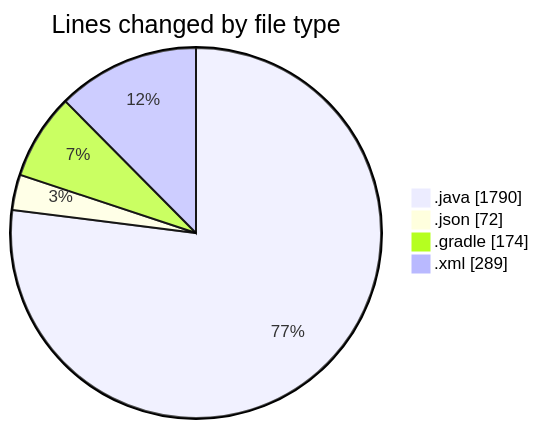
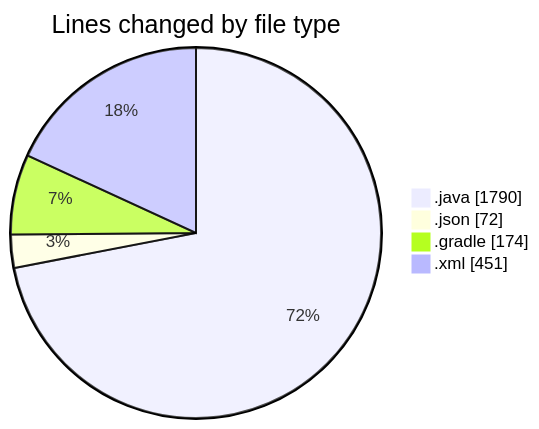
Before and after one commit to charlie-sans/code-tracking: the first of 2 diagrams in 2025-02-22/micros/README.md, drawn with Mermaid. The commit also changed other lines of this file and 1 other file, not shown here.

````diff
--- a/2025-02-22/micros/README.md
+++ b/2025-02-22/micros/README.md
@@ -36,8 +38,8 @@
 ```mermaid
 pie showData
 title Lines changed by file type
 ".java" : 1790
 ".json" : 72
 ".gradle" : 174
-".xml" : 289
+".xml" : 451
 ```
````
